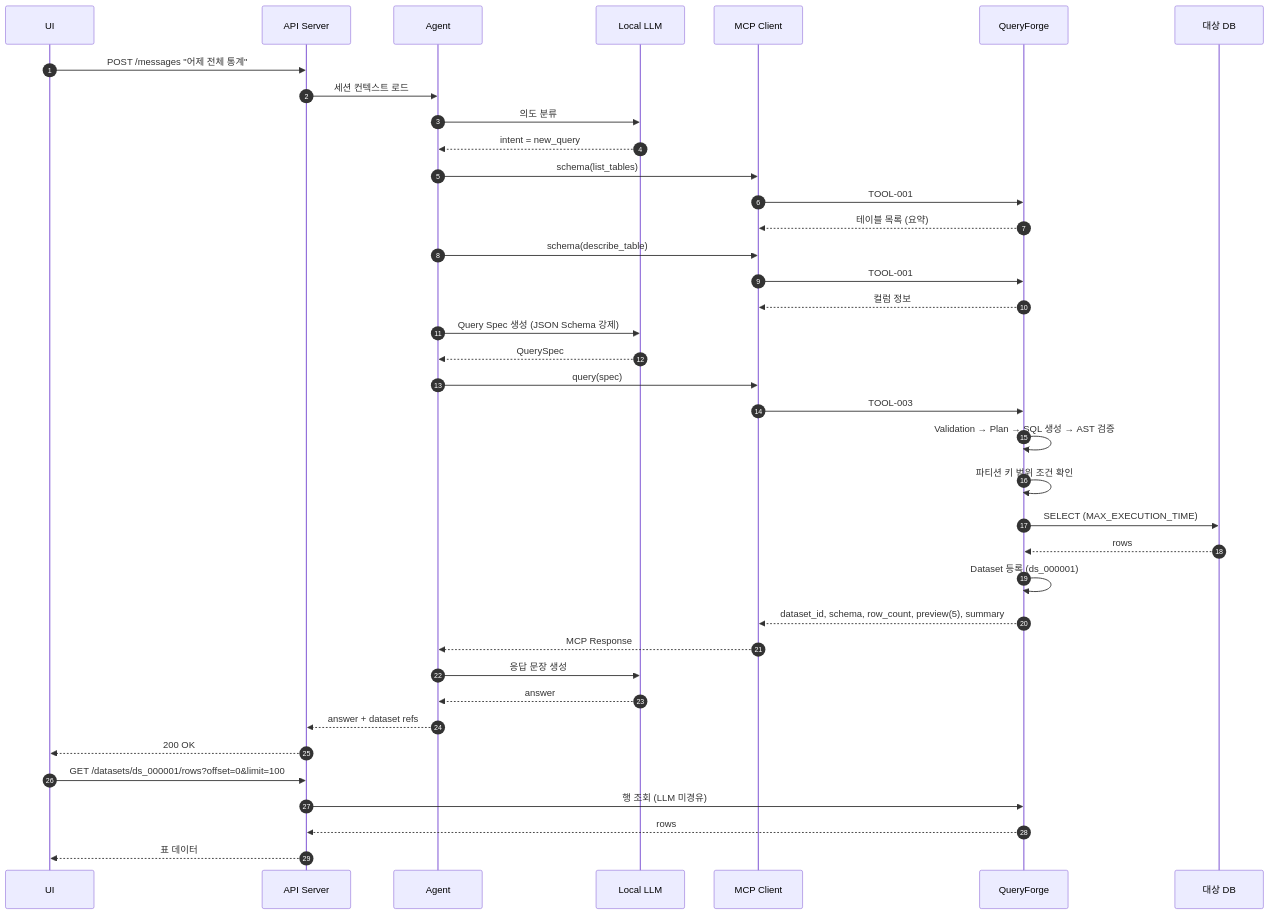
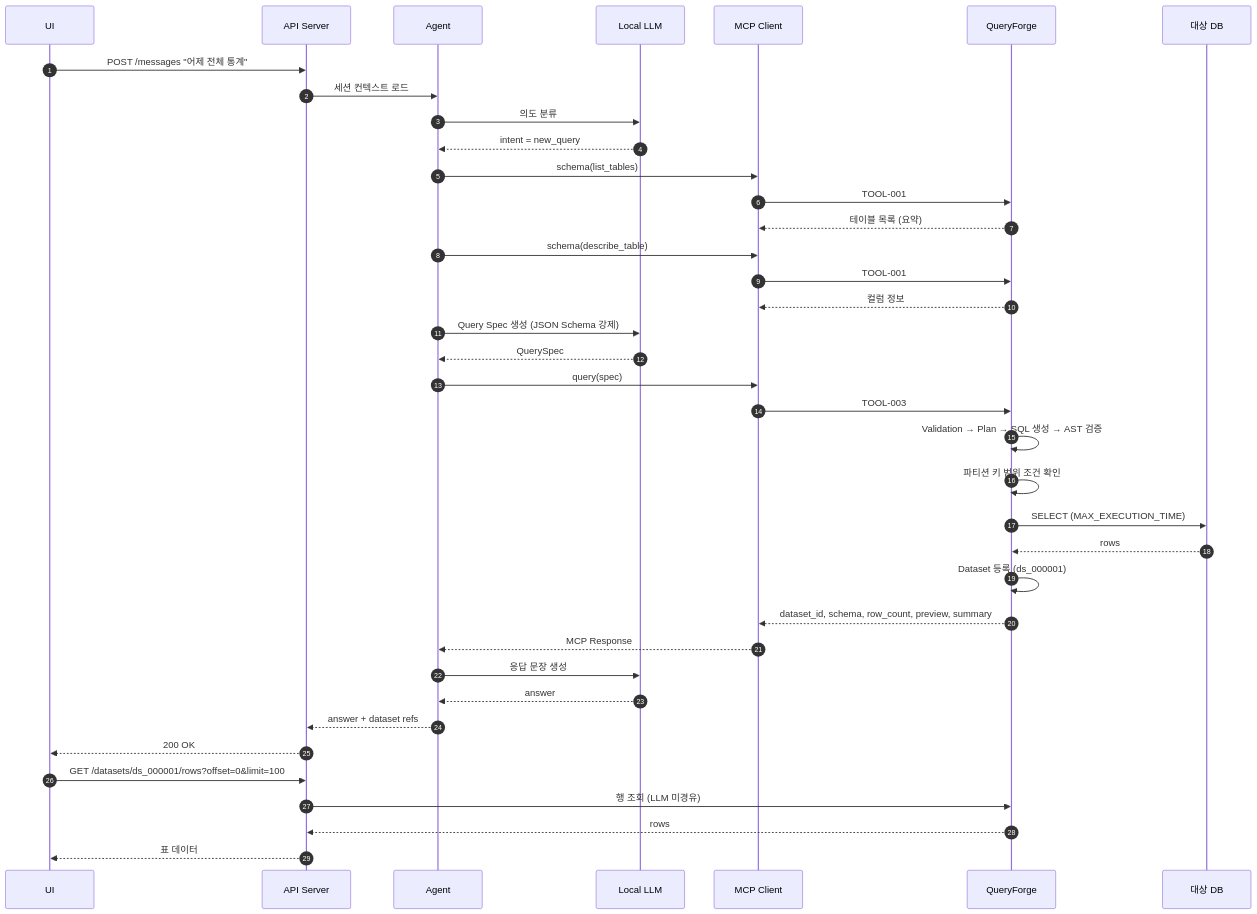
Before and after one commit to kuri-dev9/DataLens: the fifth of 11 diagrams in docs/DATALENS-SAD.md, drawn with Mermaid. The commit also changed other lines of this file and 52 other files, not shown here.

````diff
--- a/docs/DATALENS-SAD.md
+++ b/docs/DATALENS-SAD.md
@@ -765,41 +801,41 @@
 ```mermaid
 sequenceDiagram
     autonumber
     participant U as UI
     participant A as API Server
     participant AG as Agent
     participant L as Local LLM
     participant M as MCP Client
     participant Q as QueryForge
     participant DB as 대상 DB
 
     U->>A: POST /messages "어제 전체 통계"
     A->>AG: 세션 컨텍스트 로드
     AG->>L: 의도 분류
     L-->>AG: intent = new_query
     AG->>M: schema(list_tables)
     M->>Q: TOOL-001
     Q-->>M: 테이블 목록 (요약)
     AG->>M: schema(describe_table)
     M->>Q: TOOL-001
     Q-->>M: 컬럼 정보
     AG->>L: Query Spec 생성 (JSON Schema 강제)
     L-->>AG: QuerySpec
     AG->>M: query(spec)
     M->>Q: TOOL-003
     Q->>Q: Validation → Plan → SQL 생성 → AST 검증
     Q->>Q: 파티션 키 범위 조건 확인
     Q->>DB: SELECT (MAX_EXECUTION_TIME)
     DB-->>Q: rows
     Q->>Q: Dataset 등록 (ds_000001)
-    Q-->>M: dataset_id, schema, row_count, preview(5), summary
+    Q-->>M: dataset_id, schema, row_count, preview, summary
     M-->>AG: MCP Response
     AG->>L: 응답 문장 생성
     L-->>AG: answer
     AG-->>A: answer + dataset refs
     A-->>U: 200 OK
     U->>A: GET /datasets/ds_000001/rows?offset=0&limit=100
     A->>Q: 행 조회 (LLM 미경유)
     Q-->>A: rows
     A-->>U: 표 데이터
 ```
````
